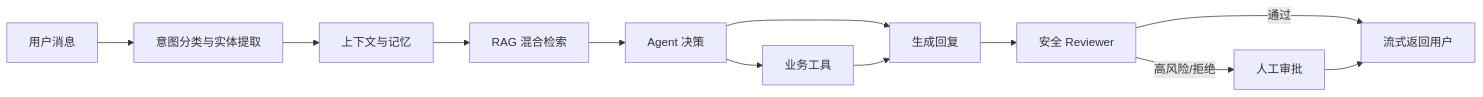
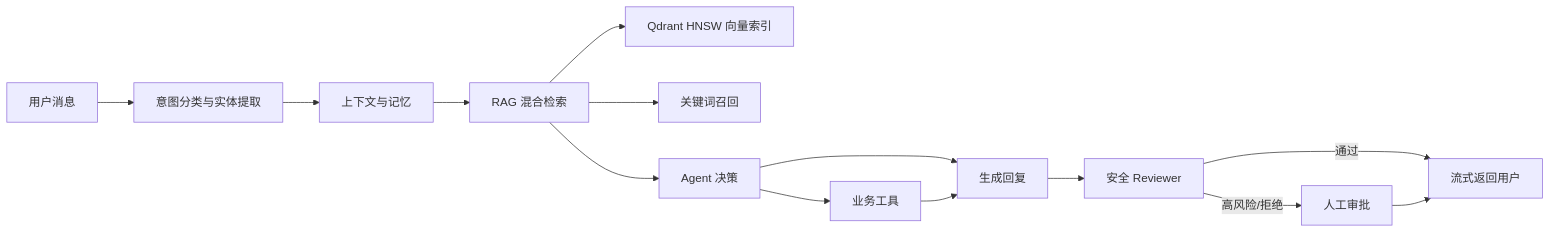
The diagram in README.md (Lyhight/Myticket), drawn with Mermaid before and after one commit. The commit also changed other lines of this file and 95 other files, not shown here.

````diff
--- a/README.md
+++ b/README.md
@@ -15,14 +15,16 @@
 ```mermaid
 flowchart LR
     U[用户消息] --> C[意图分类与实体提取]
     C --> M[上下文与记忆]
     M --> R[RAG 混合检索]
+    R --> V[Qdrant HNSW 向量索引]
+    R --> K[关键词召回]
     R --> D[Agent 决策]
     D --> T[业务工具]
     D --> G[生成回复]
     T --> G
     G --> S[安全 Reviewer]
     S -->|通过| O[流式返回用户]
     S -->|高风险/拒绝| H[人工审批]
     H --> O
 ```
````
